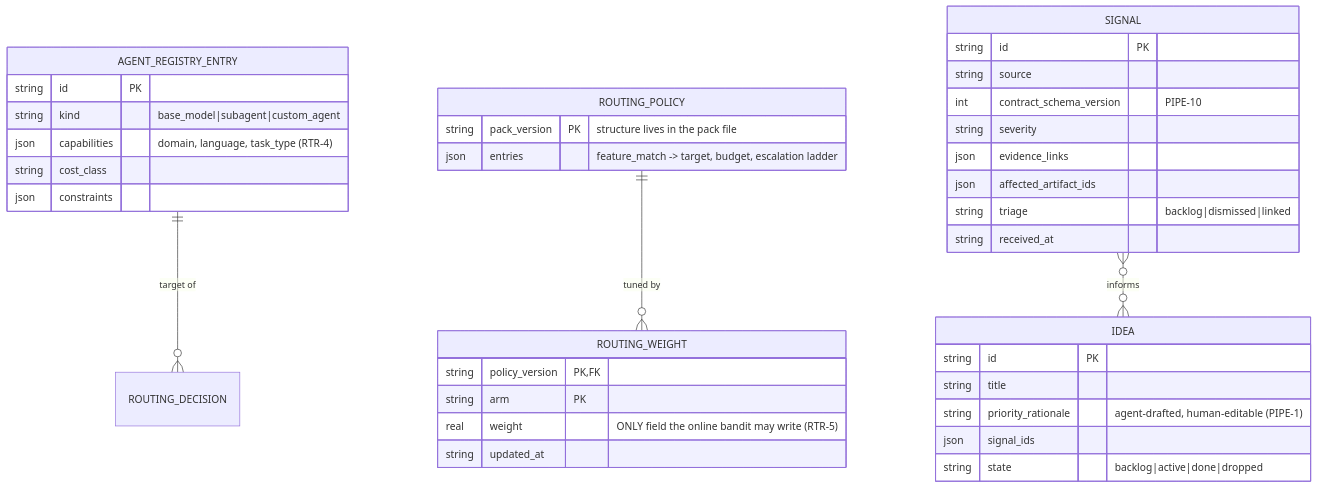
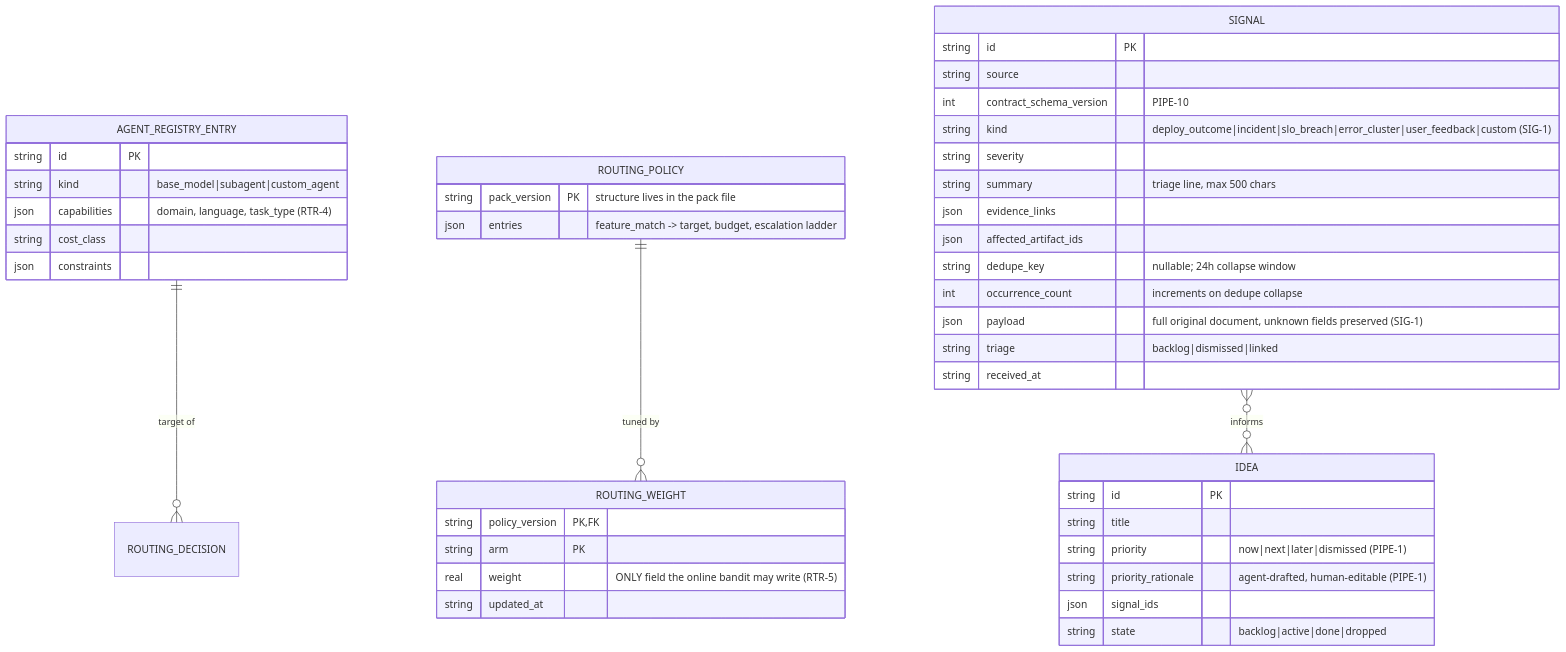
One commit to BrendanShields/obligato changed the fifth of 5 diagrams in docs/specs/2026-07-02-agent-harness-erd.md. Above: the diagram before and after it, drawn with Mermaid. The commit also changed other lines of this file and 6 other files, not shown here.

````diff
--- a/docs/specs/2026-07-02-agent-harness-erd.md
+++ b/docs/specs/2026-07-02-agent-harness-erd.md
@@ -304,41 +304,47 @@
 ```mermaid
 erDiagram
     AGENT_REGISTRY_ENTRY ||--o{ ROUTING_DECISION : "target of"
     ROUTING_POLICY ||--o{ ROUTING_WEIGHT : "tuned by"
     SIGNAL }o--o{ IDEA : informs
 
     AGENT_REGISTRY_ENTRY {
         string id PK
         string kind "base_model|subagent|custom_agent"
         json capabilities "domain, language, task_type (RTR-4)"
         string cost_class
         json constraints
     }
     ROUTING_POLICY {
         string pack_version PK "structure lives in the pack file"
         json entries "feature_match -> target, budget, escalation ladder"
     }
     ROUTING_WEIGHT {
         string policy_version PK,FK
         string arm PK
         real weight "ONLY field the online bandit may write (RTR-5)"
         string updated_at
     }
     SIGNAL {
         string id PK
         string source
         int contract_schema_version "PIPE-10"
+        string kind "deploy_outcome|incident|slo_breach|error_cluster|user_feedback|custom (SIG-1)"
         string severity
+        string summary "triage line, max 500 chars"
         json evidence_links
         json affected_artifact_ids
+        string dedupe_key "nullable; 24h collapse window"
+        int occurrence_count "increments on dedupe collapse"
+        json payload "full original document, unknown fields preserved (SIG-1)"
         string triage "backlog|dismissed|linked"
         string received_at
     }
     IDEA {
         string id PK
         string title
+        string priority "now|next|later|dismissed (PIPE-1)"
         string priority_rationale "agent-drafted, human-editable (PIPE-1)"
         json signal_ids
         string state "backlog|active|done|dropped"
     }
 ```
````
